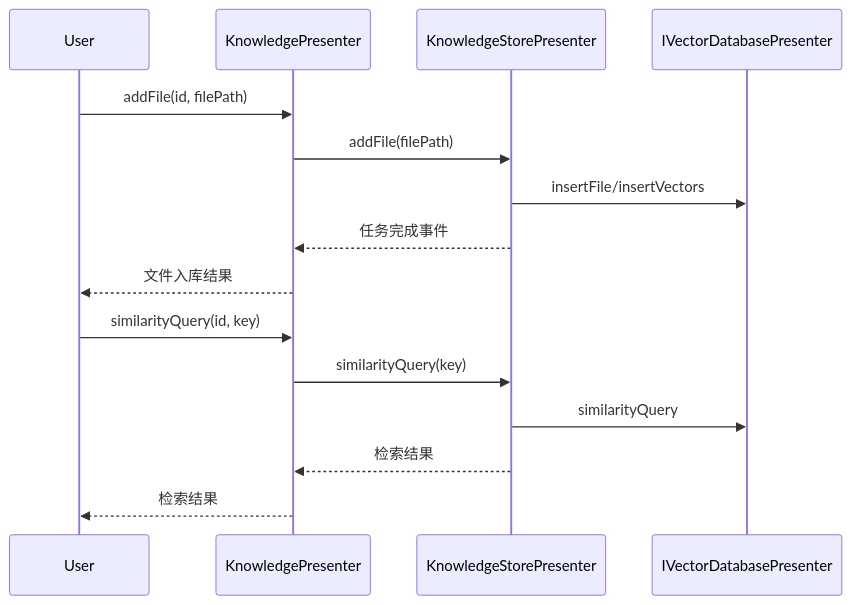
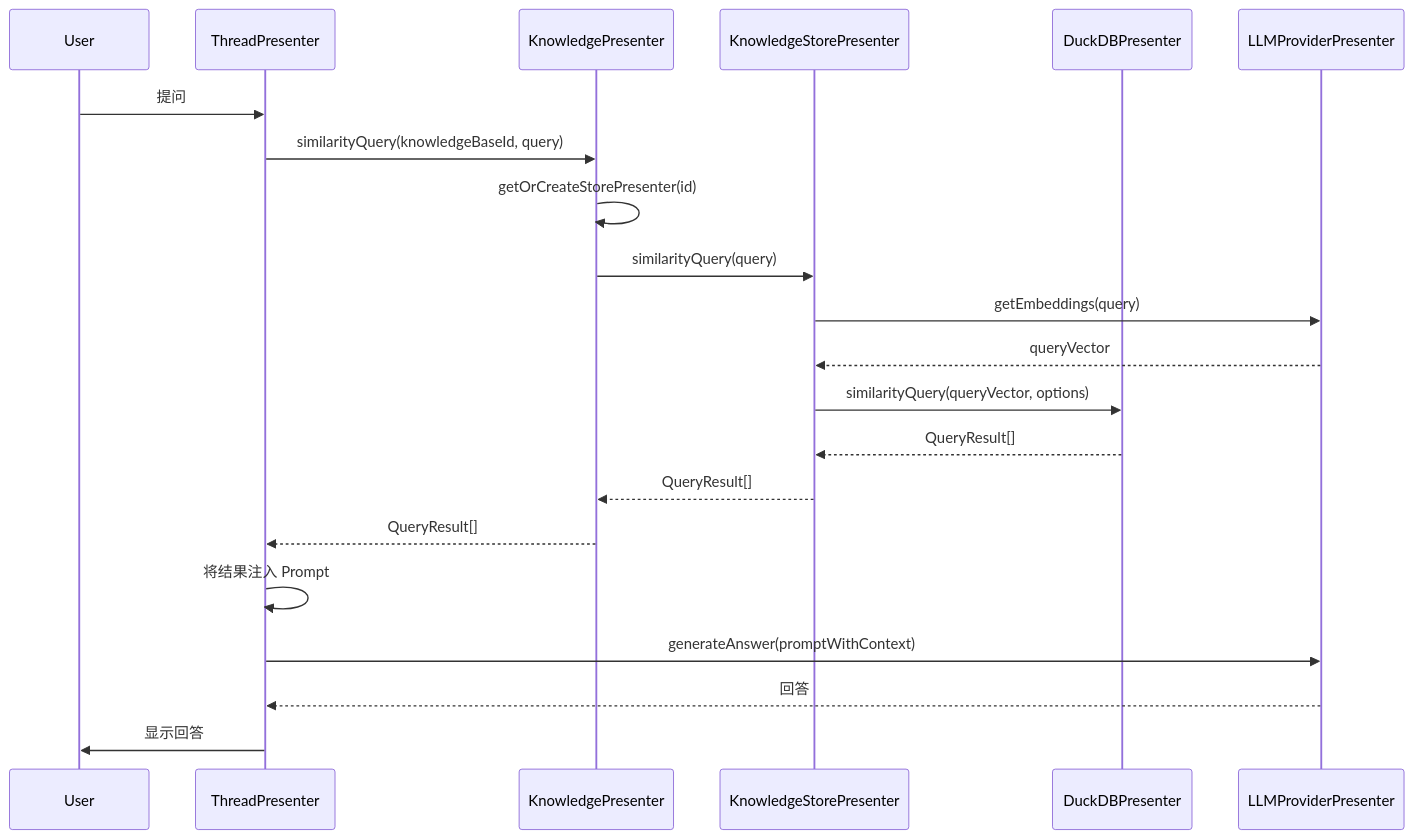
Before and after one commit to wangle201210/deepchat: the fourth of 4 diagrams in docs/builtin-knowledge-architecture.md, drawn with Mermaid. The commit also changed other lines of this file and 4 other files, not shown here.

First line of the commit message:
feat: Refactor Knowledge Presenter and related components

````diff
--- a/docs/builtin-knowledge-architecture.md
+++ b/docs/builtin-knowledge-architecture.md
@@ -83,19 +264,24 @@
 ```mermaid
 sequenceDiagram
     participant User
+    participant ThreadPresenter
     participant KnowledgePresenter
     participant KnowledgeStorePresenter
-    participant IVectorDatabasePresenter
+    participant DuckDBPresenter
+    participant LLMProviderPresenter
 
-    User->>KnowledgePresenter: addFile(id, filePath)
-    KnowledgePresenter->>KnowledgeStorePresenter: addFile(filePath)
-    KnowledgeStorePresenter->>IVectorDatabasePresenter: insertFile/insertVectors
-    KnowledgeStorePresenter-->>KnowledgePresenter: 任务完成事件
-    KnowledgePresenter-->>User: 文件入库结果
-
-    User->>KnowledgePresenter: similarityQuery(id, key)
-    KnowledgePresenter->>KnowledgeStorePresenter: similarityQuery(key)
-    KnowledgeStorePresenter->>IVectorDatabasePresenter: similarityQuery
-    KnowledgeStorePresenter-->>KnowledgePresenter: 检索结果
-    KnowledgePresenter-->>User: 检索结果
+    User->>ThreadPresenter: 提问
+    ThreadPresenter->>KnowledgePresenter: similarityQuery(knowledgeBaseId, query)
+    KnowledgePresenter->>KnowledgePresenter: getOrCreateStorePresenter(id)
+    KnowledgePresenter->>KnowledgeStorePresenter: similarityQuery(query)
+    KnowledgeStorePresenter->>LLMProviderPresenter: getEmbeddings(query)
+    LLMProviderPresenter-->>KnowledgeStorePresenter: queryVector
+    KnowledgeStorePresenter->>DuckDBPresenter: similarityQuery(queryVector, options)
+    DuckDBPresenter-->>KnowledgeStorePresenter: QueryResult[]
+    KnowledgeStorePresenter-->>KnowledgePresenter: QueryResult[]
+    KnowledgePresenter-->>ThreadPresenter: QueryResult[]
+    ThreadPresenter->>ThreadPresenter: 将结果注入 Prompt
+    ThreadPresenter->>LLMProviderPresenter: generateAnswer(promptWithContext)
+    LLMProviderPresenter-->>ThreadPresenter: 回答
+    ThreadPresenter->>User: 显示回答
 ```
````
